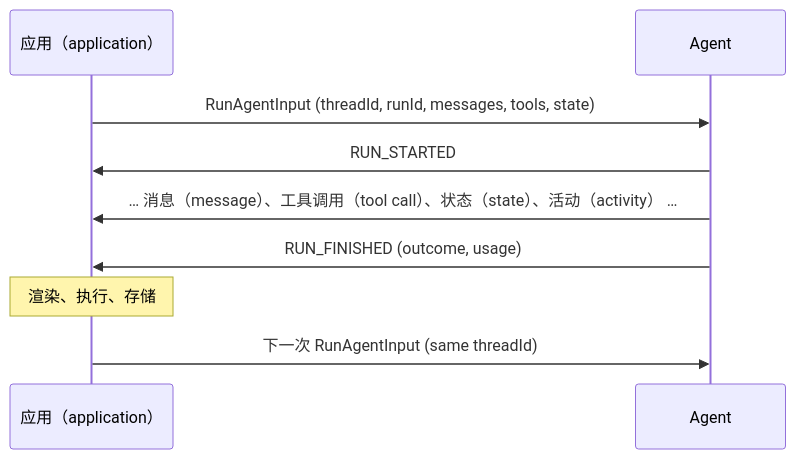
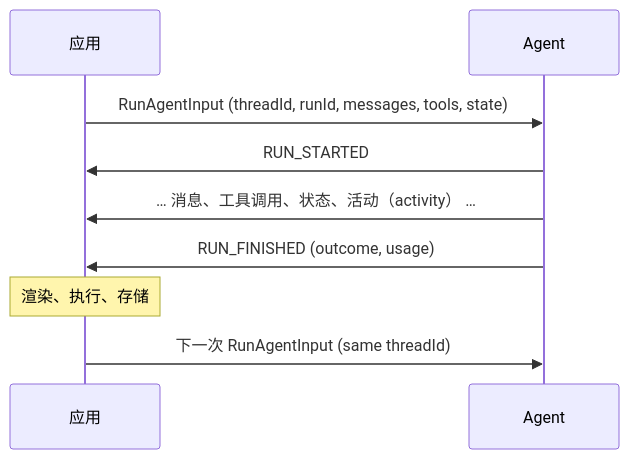
One commit to JilongSun/ag-ui-docs-zh changed the second of 2 diagrams in content/zh/spec/1.0/architecture.md. Above: the diagram before and after it, drawn with Mermaid. The commit also changed other lines of this file and 46 other files, not shown here.

````diff
--- a/content/zh/spec/1.0/architecture.md
+++ b/content/zh/spec/1.0/architecture.md
@@ -48,12 +48,12 @@
 ```mermaid
 sequenceDiagram
-    participant Application as 应用（application）
+    participant Application as 应用
     participant Agent
 
     Application->>Agent: RunAgentInput (threadId, runId, messages, tools, state)
     Agent->>Application: RUN_STARTED
-    Agent->>Application: … 消息（message）、工具调用（tool call）、状态（state）、活动（activity） …
+    Agent->>Application: … 消息、工具调用、状态、活动（activity） …
     Agent->>Application: RUN_FINISHED (outcome, usage)
     Note over Application: 渲染、执行、存储
     Application->>Agent: 下一次 RunAgentInput (same threadId)
 ```
````
